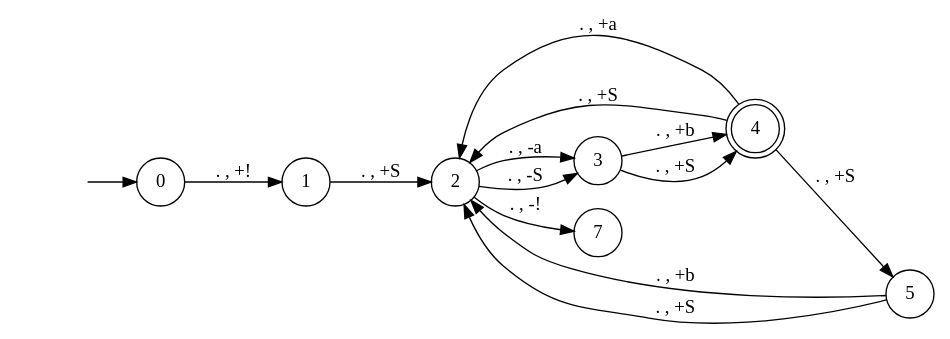
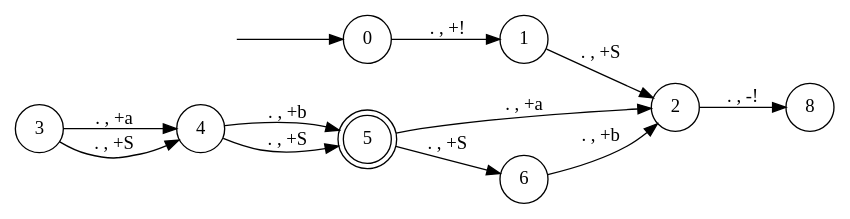
One commit to tsubaric/ToC changed the diagram in test_1.gv. Above: the diagram before and after it, drawn with Graphviz. The commit also changed 2 other files, not shown here.

```diff
--- a/test_1.gv
+++ b/test_1.gv
@@ -1,20 +1,18 @@
 digraph pda {
 rankdir = LR;
 hidden [shape = plaintext, label = ""];
 node [shape = doublecircle];
-4;
+5;
 node [shape = circle];
 hidden -> 0;
 0 -> 1 [label = ". , +!"];
 1 -> 2 [label = ". , +S"];
-2 -> 3 [label = ". , -a"];
-2 -> 3 [label = ". , -S"];
-2 -> 7 [label = ". , -!"];
-3 -> 4 [label = ". , +b"];
+2 -> 8 [label = ". , -!"];
+3 -> 4 [label = ". , +a"];
 3 -> 4 [label = ". , +S"];
-4 -> 2 [label = ". , +a"];
-4 -> 2 [label = ". , +S"];
+4 -> 5 [label = ". , +b"];
 4 -> 5 [label = ". , +S"];
-5 -> 2 [label = ". , +b"];
-5 -> 2 [label = ". , +S"];
+5 -> 2 [label = ". , +a"];
+5 -> 6 [label = ". , +S"];
+6 -> 2 [label = ". , +b"];
 }
```
